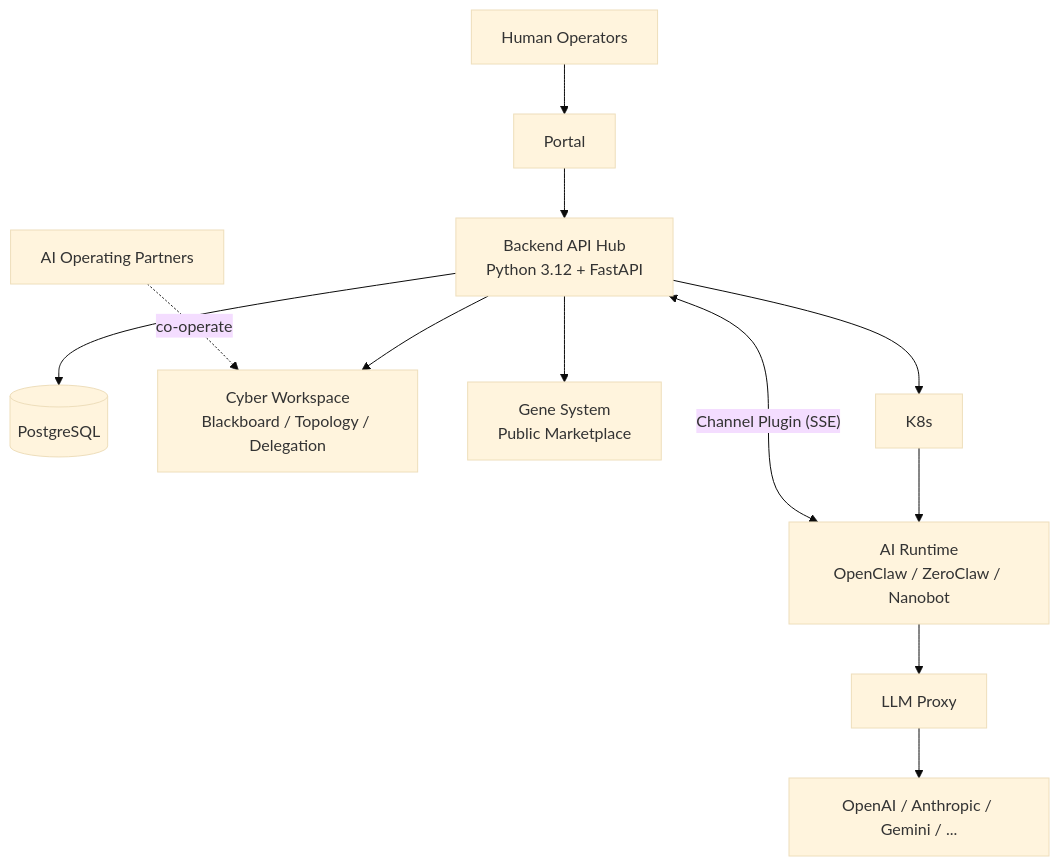
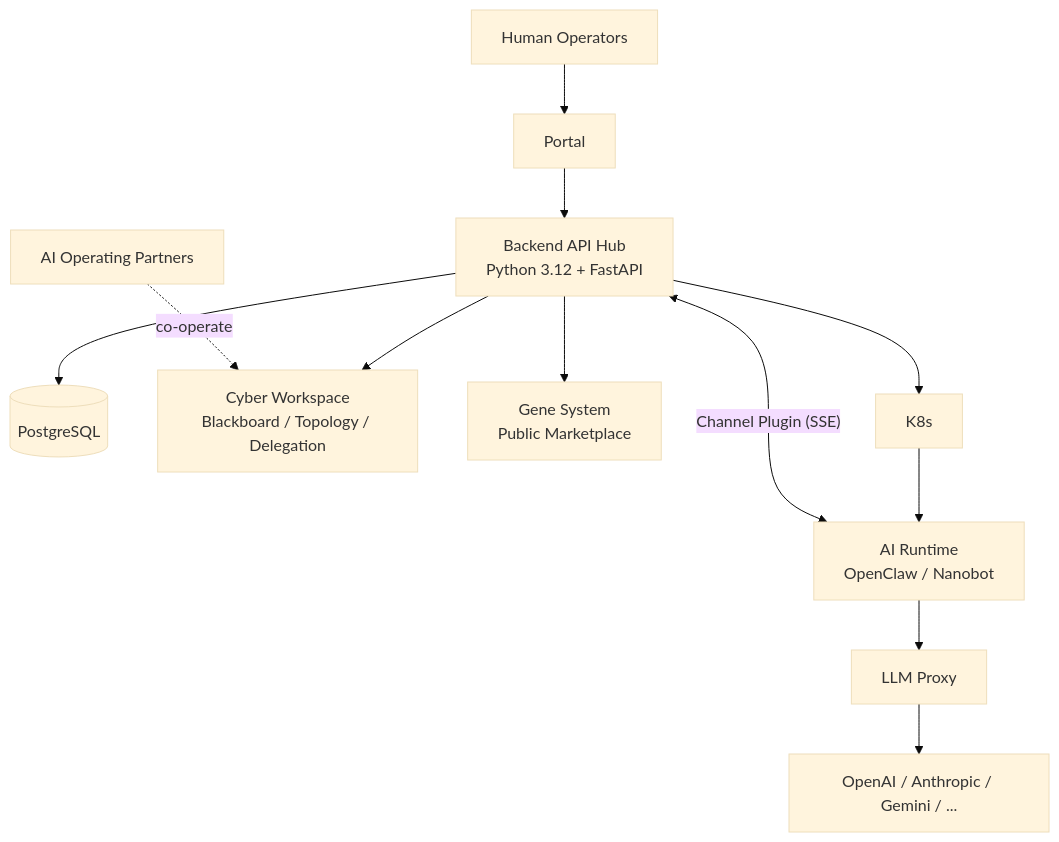
Before and after one commit to fengqiliang93/nodeskclaw: the diagram in README.md, drawn with Mermaid (base theme). The commit also changed 42 other files, not shown here.

First line of the commit message:
refactor: 完整移除 ZeroClaw 运行时引擎

````diff
--- a/README.md
+++ b/README.md
@@ -42,16 +42,16 @@
 ```mermaid
 graph TD
     Human["Human Operators"] --> Portal["Portal"]
     Portal --> API["Backend API Hub<br>Python 3.12 + FastAPI"]
 
     API --> DB[(PostgreSQL)]
     API --> CW["Cyber Workspace<br>Blackboard / Topology / Delegation"]
     API --> Gene["Gene System<br>Public Marketplace"]
     API --> Compute["K8s"]
 
-    Compute --> Runtime["AI Runtime<br>OpenClaw / ZeroClaw / Nanobot"]
+    Compute --> Runtime["AI Runtime<br>OpenClaw / Nanobot"]
     Runtime <-->|"Channel Plugin (SSE)"| API
     Runtime --> LLM["LLM Proxy"] --> Providers["OpenAI / Anthropic / Gemini / ..."]
 
     AIPartners["AI Operating Partners"] -.->|"co-operate"| CW
 ```
````
